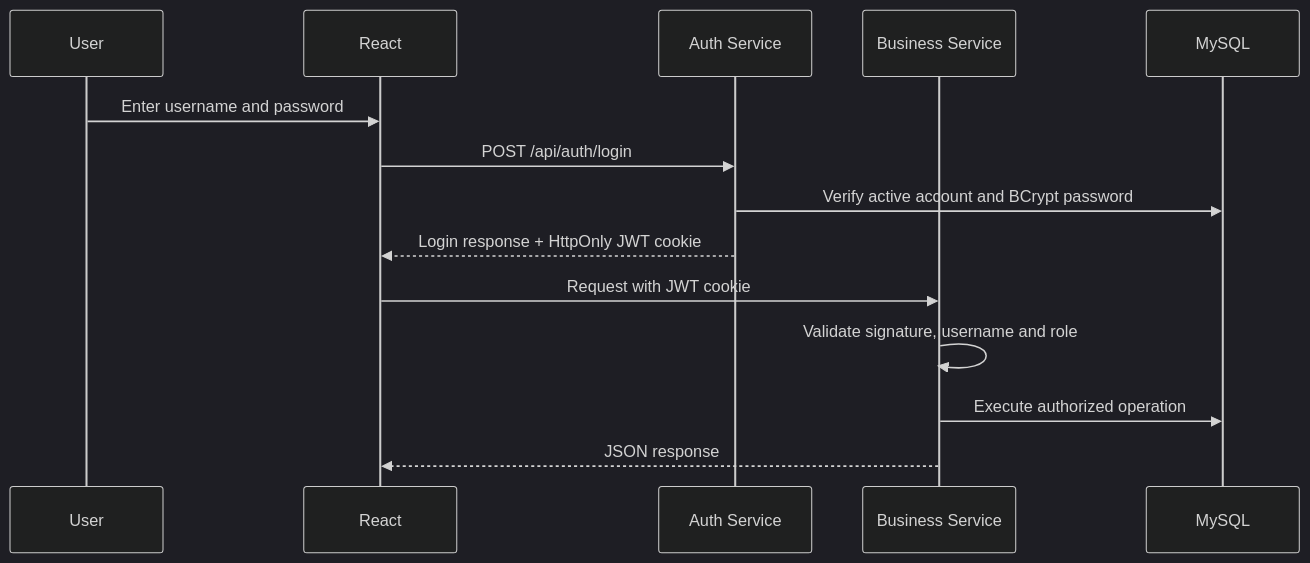
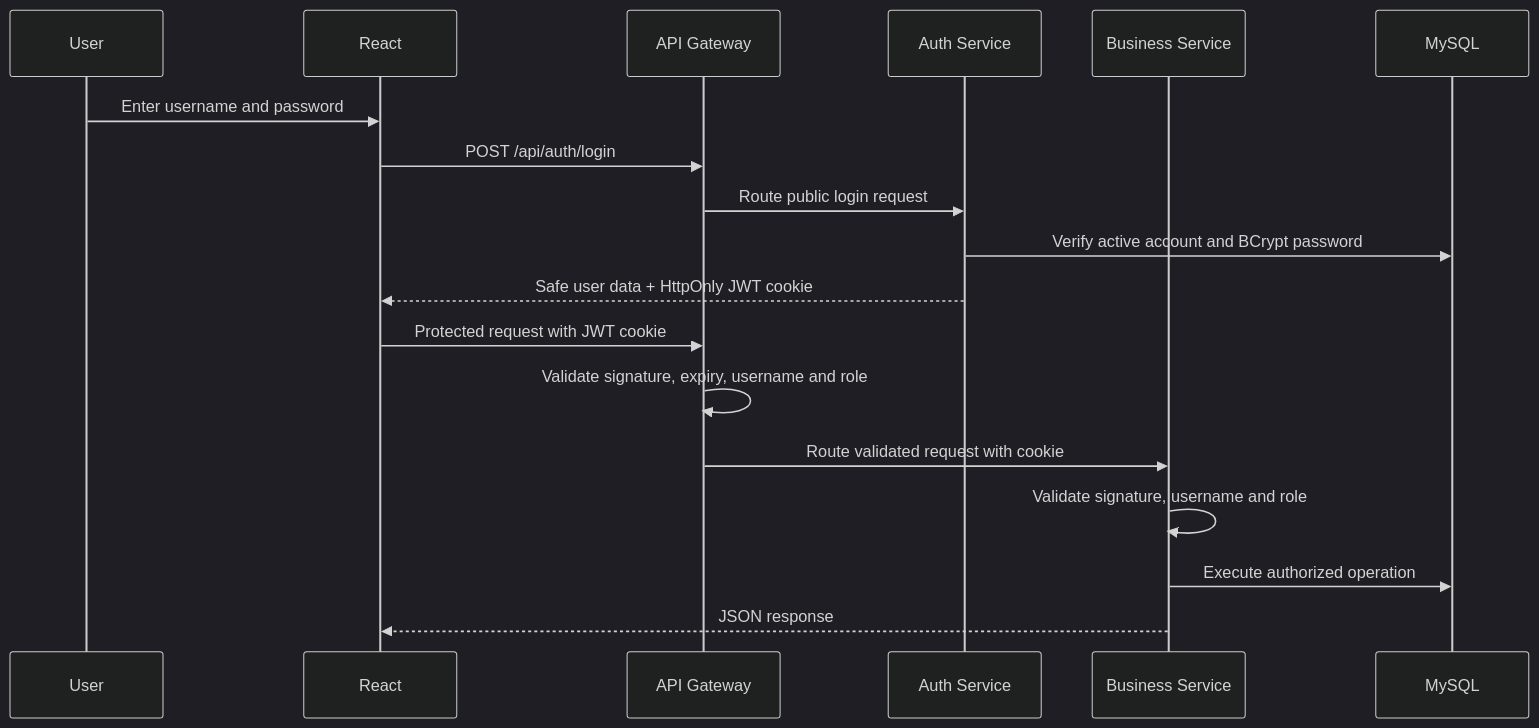
Before and after one commit to devteamproject2026/Time-Sheet-Management-System: the second of 2 diagrams in README.md, drawn with Mermaid (dark theme). The commit also changed other lines of this file and 103 other files, not shown here.

````diff
--- a/README.md
+++ b/README.md
@@ -100,17 +110,21 @@
 ```mermaid
 sequenceDiagram
     participant User
     participant React
+    participant Gateway as API Gateway
     participant Auth as Auth Service
     participant Business as Business Service
     participant DB as MySQL
 
     User->>React: Enter username and password
-    React->>Auth: POST /api/auth/login
+    React->>Gateway: POST /api/auth/login
+    Gateway->>Auth: Route public login request
     Auth->>DB: Verify active account and BCrypt password
-    Auth-->>React: Login response + HttpOnly JWT cookie
-    React->>Business: Request with JWT cookie
+    Auth-->>React: Safe user data + HttpOnly JWT cookie
+    React->>Gateway: Protected request with JWT cookie
+    Gateway->>Gateway: Validate signature, expiry, username and role
+    Gateway->>Business: Route validated request with cookie
     Business->>Business: Validate signature, username and role
     Business->>DB: Execute authorized operation
     Business-->>React: JSON response
 ```
````
